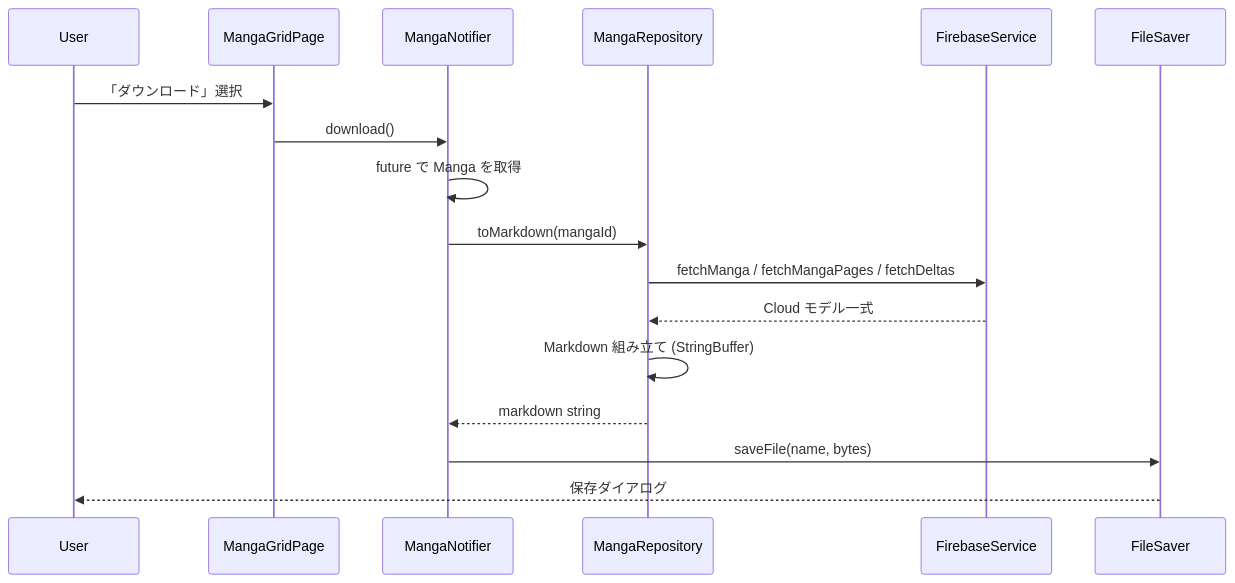
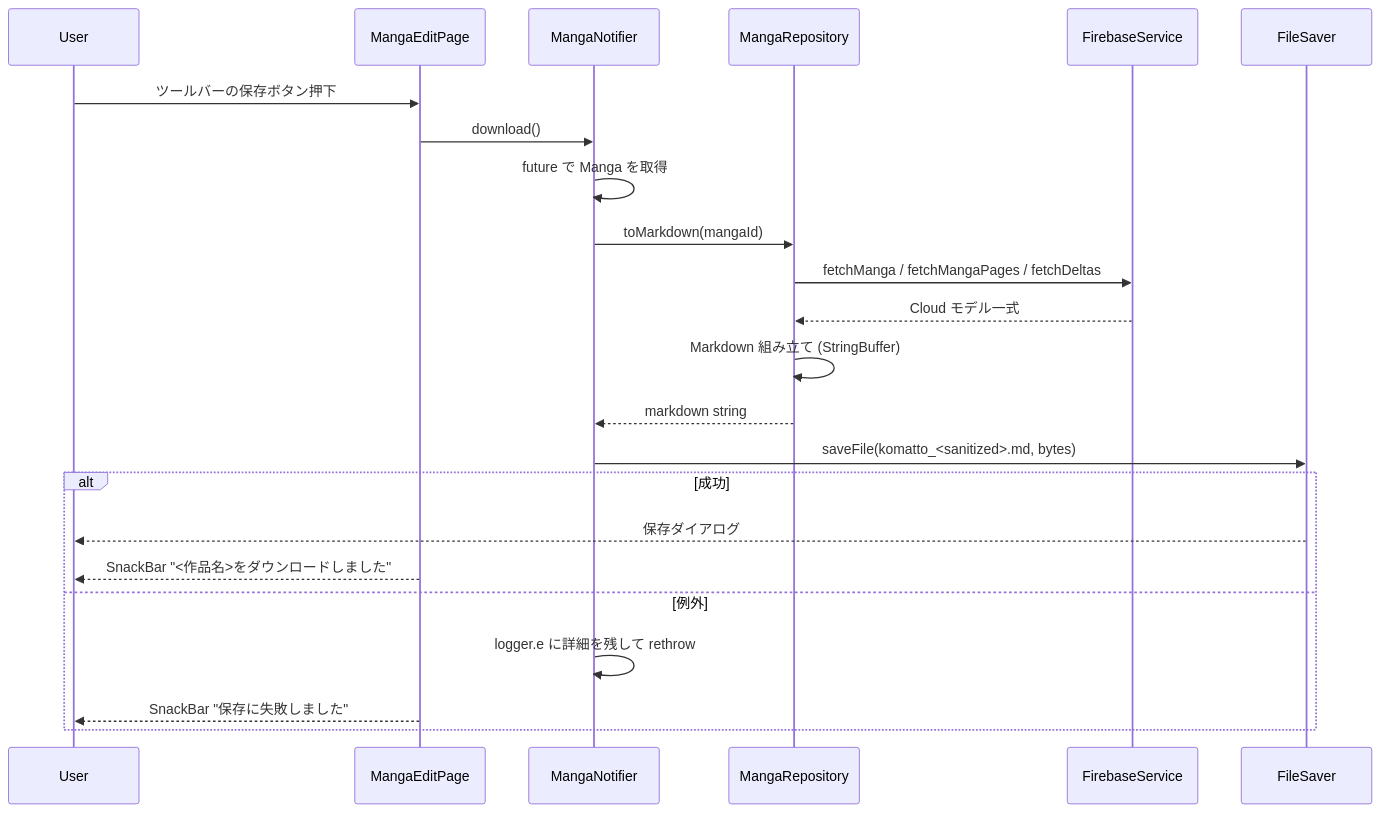
The second of 2 diagrams in docs/spec/features/manga-export/design.md (firstforest/my_manga_editor), drawn with Mermaid before and after one commit. The commit also changed other lines of this file and 3 other files, not shown here.

````diff
--- a/docs/spec/features/manga-export/design.md
+++ b/docs/spec/features/manga-export/design.md
@@ -70,20 +81,26 @@
 ```mermaid
 sequenceDiagram
   participant U as User
-  participant V as MangaGridPage
+  participant V as MangaEditPage
   participant MN as MangaNotifier
   participant R as MangaRepository
   participant FS as FirebaseService
   participant FSV as FileSaver
 
-  U->>V: 「ダウンロード」選択
+  U->>V: ツールバーの保存ボタン押下
   V->>MN: download()
   MN->>MN: future で Manga を取得
   MN->>R: toMarkdown(mangaId)
   R->>FS: fetchManga / fetchMangaPages / fetchDeltas
   FS-->>R: Cloud モデル一式
   R->>R: Markdown 組み立て (StringBuffer)
   R-->>MN: markdown string
-  MN->>FSV: saveFile(name, bytes)
-  FSV-->>U: 保存ダイアログ
+  MN->>FSV: saveFile(komatto_<sanitized>.md, bytes)
+  alt 成功
+    FSV-->>U: 保存ダイアログ
+    V-->>U: SnackBar "<作品名>をダウンロードしました"
+  else 例外
+    MN->>MN: logger.e に詳細を残して rethrow
+    V-->>U: SnackBar "保存に失敗しました"
+  end
 ```
````
